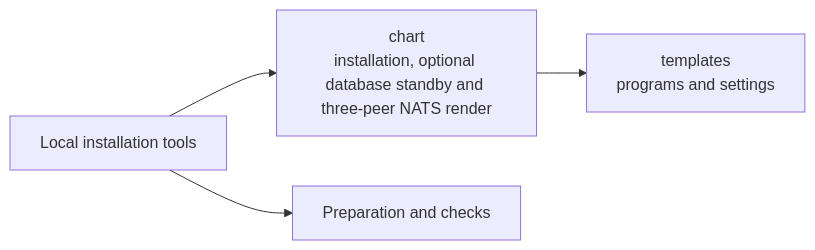
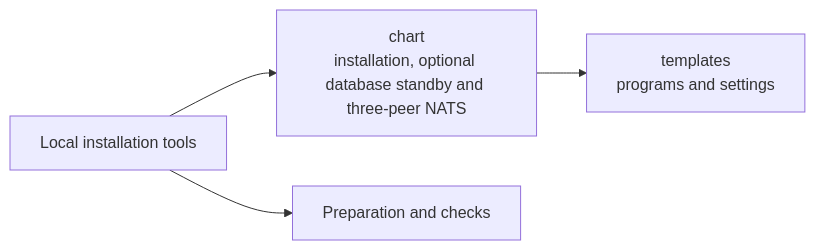
The diagram in infra/package/chart/README.md (elewa-git/opencrane-new), drawn with Mermaid before and after one commit. The commit also changed other lines of this file and 19 other files, not shown here.

````diff
--- a/infra/package/chart/README.md
+++ b/infra/package/chart/README.md
@@ -31,6 +31,6 @@
 ```mermaid
 flowchart LR
-  package["Local installation tools"] --> chart["chart<br/>installation, optional database standby and three-peer NATS render"]
+  package["Local installation tools"] --> chart["chart<br/>installation, optional database standby and three-peer NATS"]
   package --> prepare["Preparation and checks"]
   chart --> templates["templates<br/>programs and settings"]
 ```
````
